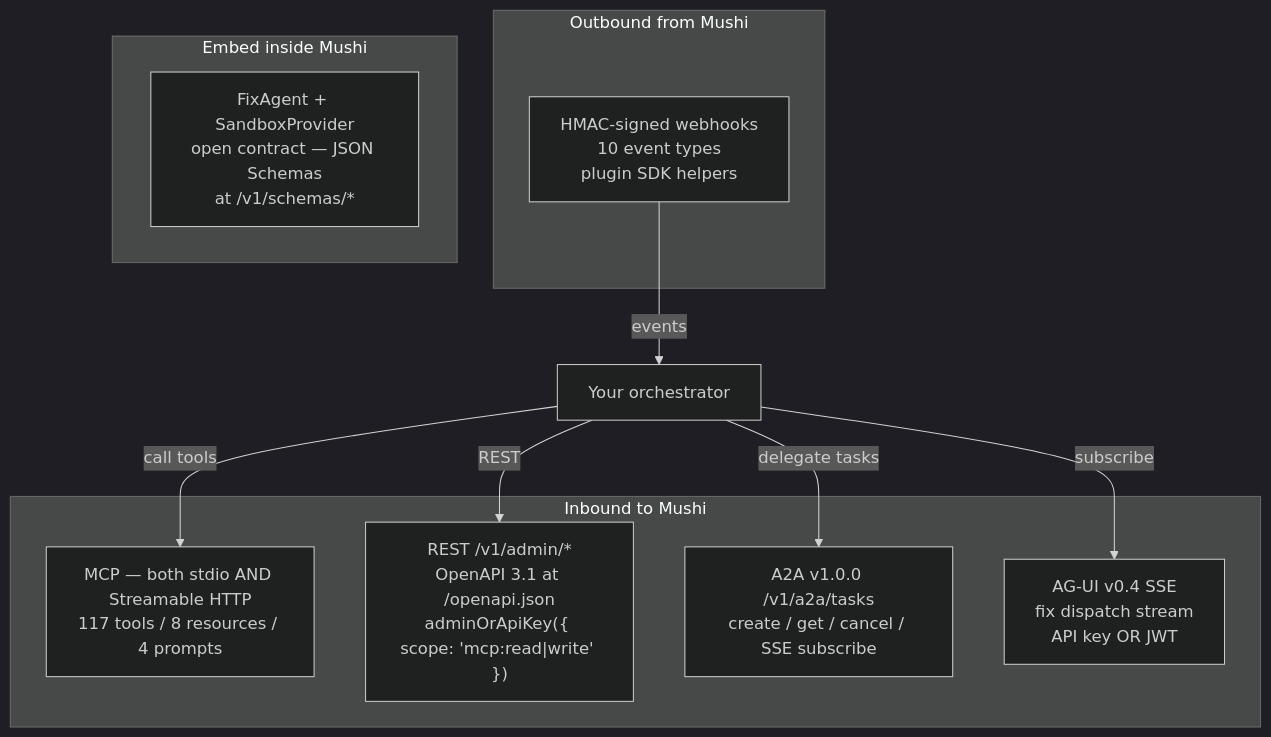
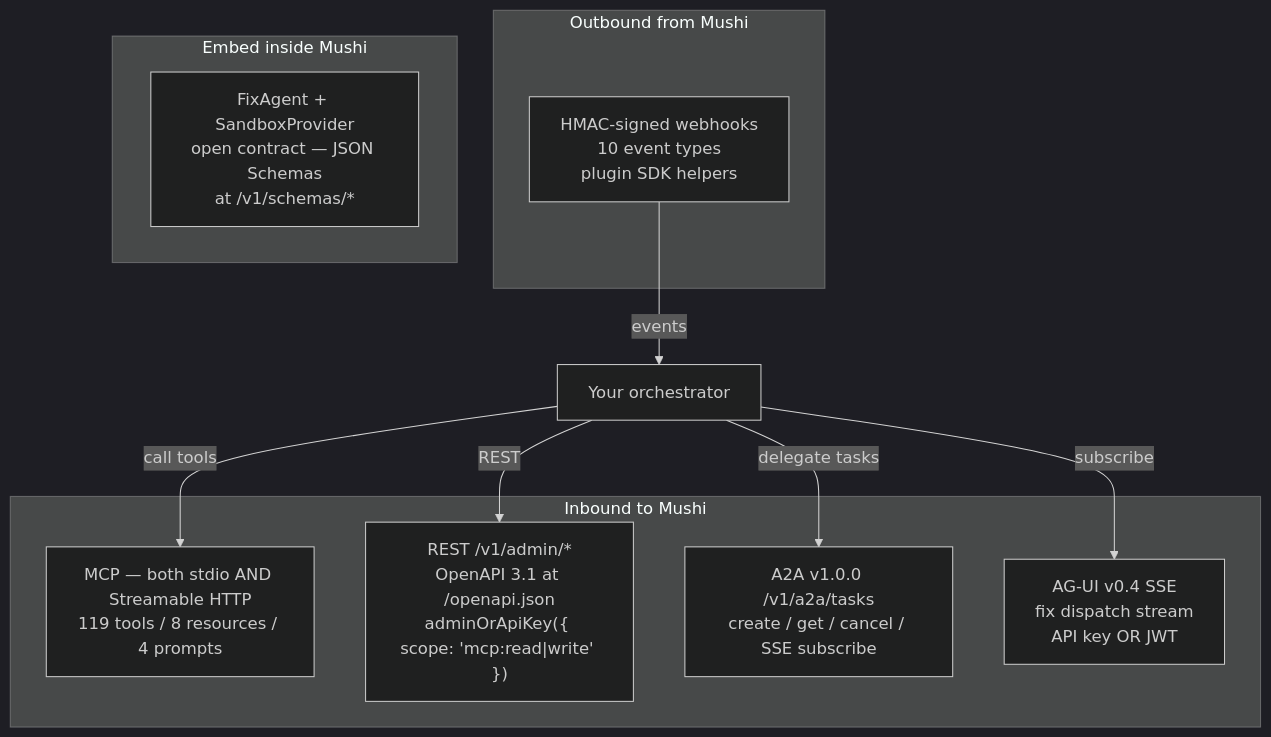
Before and after one commit to kensaurus/mushi-mushi: the diagram in apps/docs/content/concepts/orchestrator-interop.mdx, drawn with Mermaid (dark theme). The commit also changed other lines of this file and 65 other files, not shown here.

````diff
--- a/apps/docs/content/concepts/orchestrator-interop.mdx
+++ b/apps/docs/content/concepts/orchestrator-interop.mdx
@@ -32,20 +32,20 @@
 ```mermaid
 flowchart TB
   subgraph Inbound["Inbound to Mushi"]
-    MCP["MCP — both stdio AND Streamable HTTP<br/>117 tools / 8 resources / 4 prompts"]
+    MCP["MCP — both stdio AND Streamable HTTP<br/>119 tools / 8 resources / 4 prompts"]
     REST["REST /v1/admin/*<br/>OpenAPI 3.1 at /openapi.json<br/>adminOrApiKey({ scope: 'mcp:read|write' })"]
     A2A["A2A v1.0.0 /v1/a2a/tasks<br/>create / get / cancel / SSE subscribe"]
     AGUI["AG-UI v0.4 SSE<br/>fix dispatch stream<br/>API key OR JWT"]
   end
   subgraph Outbound["Outbound from Mushi"]
     Hooks["HMAC-signed webhooks<br/>10 event types<br/>plugin SDK helpers"]
   end
   subgraph Native["Embed inside Mushi"]
     FA["FixAgent + SandboxProvider<br/>open contract — JSON Schemas<br/>at /v1/schemas/*"]
   end
   Orch["Your orchestrator"] -->|"call tools"| MCP
   Orch -->|"REST"| REST
   Orch -->|"delegate tasks"| A2A
   Orch -->|"subscribe"| AGUI
   Hooks -->|"events"| Orch
 ```
````
